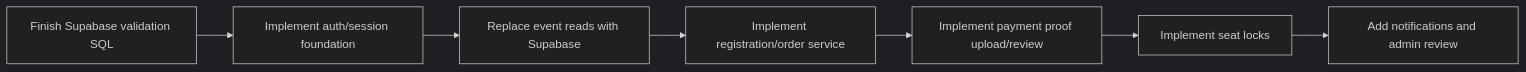
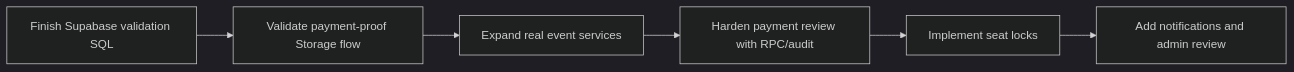
Before and after one commit to moirakk/GatherUp: the fourth of 4 diagrams in docs/project-architecture-brief-v0.1.md, drawn with Mermaid (dark theme). The commit also changed other lines of this file and 6 other files, not shown here.

Commit message:
Add storage-backed payment proof flow

````diff
--- a/docs/project-architecture-brief-v0.1.md
+++ b/docs/project-architecture-brief-v0.1.md
@@ -210,9 +222,8 @@
 ```mermaid
 flowchart LR
-  A["Finish Supabase validation SQL"] --> B["Implement auth/session foundation"]
-  B --> C["Replace event reads with Supabase"]
-  C --> D["Implement registration/order service"]
-  D --> E["Implement payment proof upload/review"]
-  E --> F["Implement seat locks"]
-  F --> G["Add notifications and admin review"]
+  A["Finish Supabase validation SQL"] --> B["Validate payment-proof Storage flow"]
+  B --> C["Expand real event services"]
+  C --> D["Harden payment review with RPC/audit"]
+  D --> E["Implement seat locks"]
+  E --> F["Add notifications and admin review"]
 ```
````
